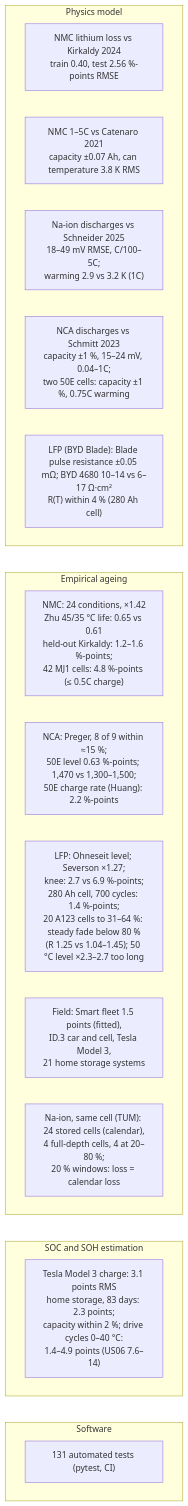
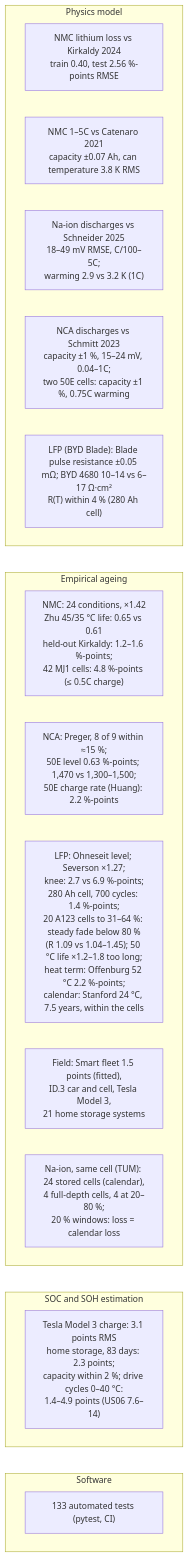
One commit to TheJohn01/DigitalTwinBattery changed diagram 12 of 12 in README.md. Above: the diagram before and after it, drawn with Mermaid. The commit also changed other lines of this file and 13 other files, not shown here.

````diff
--- a/README.md
+++ b/README.md
@@ -1871,24 +1880,24 @@
 ```mermaid
 flowchart TB
     subgraph PHY["Physics model"]
         V1["NMC lithium loss vs Kirkaldy 2024<br/>train 0.40, test 2.56 %-points RMSE"]
         V9["NMC 1–5C vs Catenaro 2021<br/>capacity ±0.07 Ah, can temperature 3.8 K RMS"]
         V0["Na-ion discharges vs Schneider 2025<br/>18–49 mV RMSE, C/100–5C;<br/>warming 2.9 vs 3.2 K (1C)"]
         V7["NCA discharges vs Schmitt 2023<br/>capacity ±1 %, 15–24 mV, 0.04–1C;<br/>two 50E cells: capacity ±1 %, 0.75C warming"]
         V8["LFP (BYD Blade): Blade pulse resistance ±0.05 mΩ; BYD 4680 10–14 vs 6–17 Ω·cm²<br/>R(T) within 4 % (280 Ah cell)"]
     end
     subgraph EMP["Empirical ageing"]
         V2["NMC: 24 conditions, ×1.42<br/>Zhu 45/35 °C life: 0.65 vs 0.61<br/>held-out Kirkaldy: 1.2–1.6 %-points;<br/>42 MJ1 cells: 4.8 %-points (≤ 0.5C charge)"]
         V3["NCA: Preger, 8 of 9 within ≈15 %;<br/>50E level 0.63 %-points; 1,470 vs 1,300–1,500;<br/>50E charge rate (Huang): 2.2 %-points"]
-        V4["LFP: Ohneseit level; Severson ×1.27;<br/>knee: 2.7 vs 6.9 %-points;<br/>280 Ah cell, 700 cycles: 1.4 %-points;<br/>20 A123 cells to 31–64 %: steady fade below 80 %<br/>(R 1.25 vs 1.04–1.45); 50 °C level ×2.3–2.7 too long"]
+        V4["LFP: Ohneseit level; Severson ×1.27;<br/>knee: 2.7 vs 6.9 %-points;<br/>280 Ah cell, 700 cycles: 1.4 %-points;<br/>20 A123 cells to 31–64 %: steady fade below 80 %<br/>(R 1.09 vs 1.04–1.45); 50 °C life ×1.2–1.8 too long;<br/>heat term: Offenburg 52 °C 2.2 %-points;<br/>calendar: Stanford 24 °C, 7.5 years, within the cells"]
         V11["Field: Smart fleet 1.5 points (fitted),<br/>ID.3 car and cell, Tesla Model 3,<br/>21 home storage systems"]
         V5["Na-ion, same cell (TUM): 24 stored cells (calendar),<br/>4 full-depth cells, 4 at 20–80 %;<br/>20 % windows: loss = calendar loss"]
     end
     subgraph EST["SOC and SOH estimation"]
         V10["Tesla Model 3 charge: 3.1 points RMS<br/>home storage, 83 days: 2.3 points;<br/>capacity within 2 %; drive cycles 0–40 °C:<br/>1.4–4.9 points (US06 7.6–14)"]
     end
     subgraph SW["Software"]
-        V6["131 automated tests (pytest, CI)"]
+        V6["133 automated tests (pytest, CI)"]
     end
     PHY ~~~ EMP ~~~ EST ~~~ SW
 ```
````
